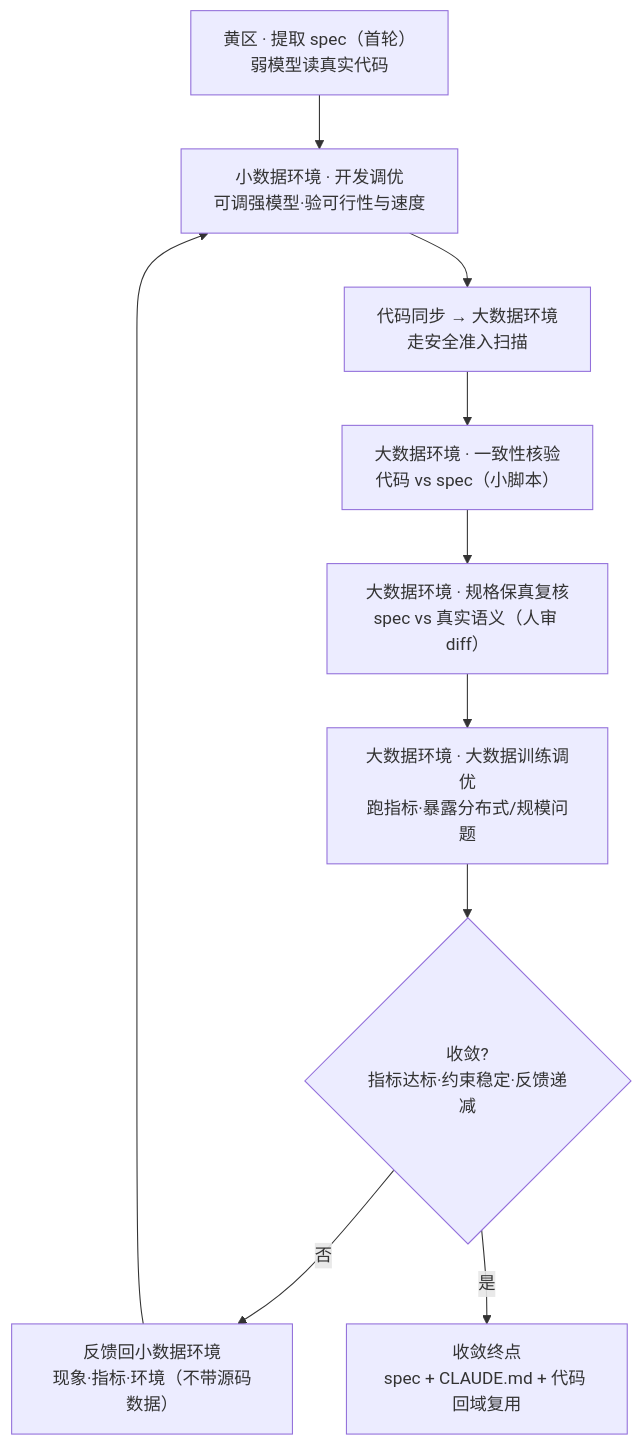
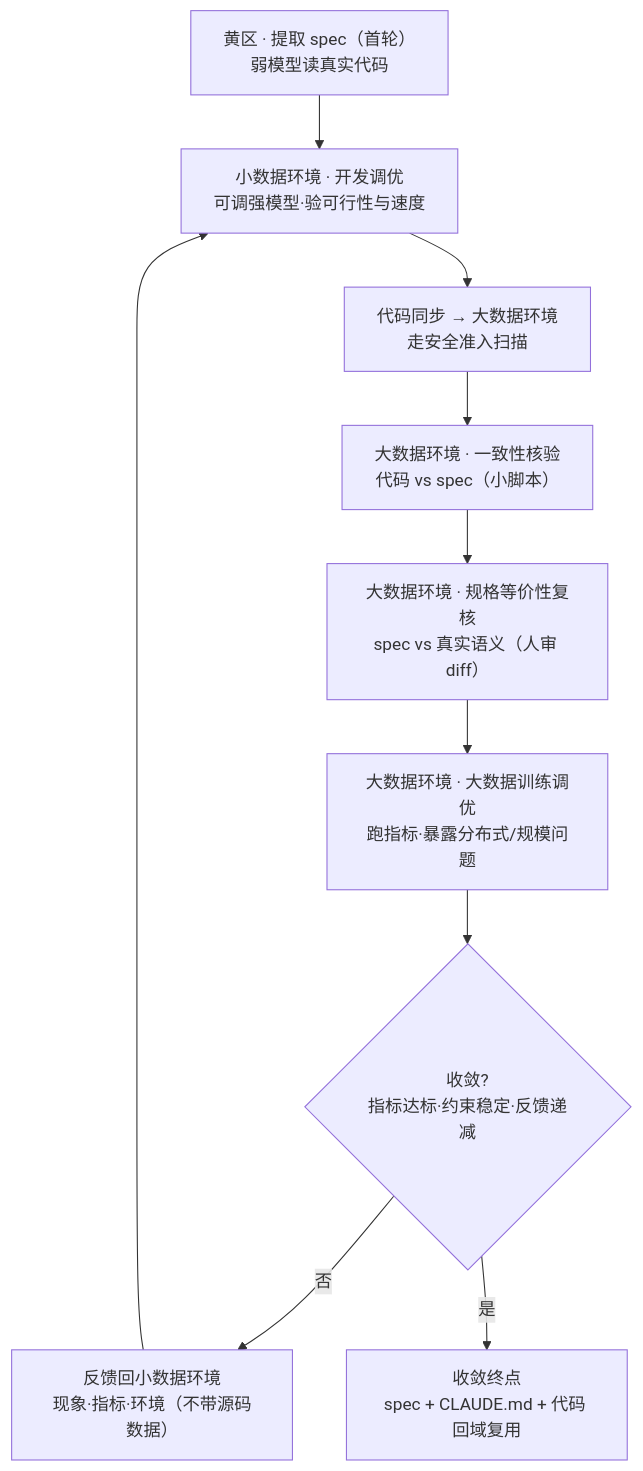
The second of 2 diagrams in docs/llm_refactoring_experience.md (pkuCactus/crydet), drawn with Mermaid before and after one commit. The commit also changed other lines of this file, not shown here.

````diff
--- a/docs/llm_refactoring_experience.md
+++ b/docs/llm_refactoring_experience.md
@@ -80,12 +80,12 @@
 ```mermaid
 flowchart TB
     P["黄区 · 提取 spec（首轮）<br/>弱模型读真实代码"] --> A
     A["小数据环境 · 开发调优<br/>可调强模型·验可行性与速度"] --> B["代码同步 → 大数据环境<br/>走安全准入扫描"]
     B --> C["大数据环境 · 一致性核验<br/>代码 vs spec（小脚本）"]
-    C --> C2["大数据环境 · 规格保真复核<br/>spec vs 真实语义（人审 diff）"]
+    C --> C2["大数据环境 · 规格等价性复核<br/>spec vs 真实语义（人审 diff）"]
     C2 --> D["大数据环境 · 大数据训练调优<br/>跑指标·暴露分布式/规模问题"]
     D --> E{"收敛?<br/>指标达标·约束稳定·反馈递减"}
     E -- 否 --> F["反馈回小数据环境<br/>现象·指标·环境（不带源码数据）"]
     F --> A
     E -- 是 --> G["收敛终点<br/>spec + CLAUDE.md + 代码 回域复用"]
 ```
````
